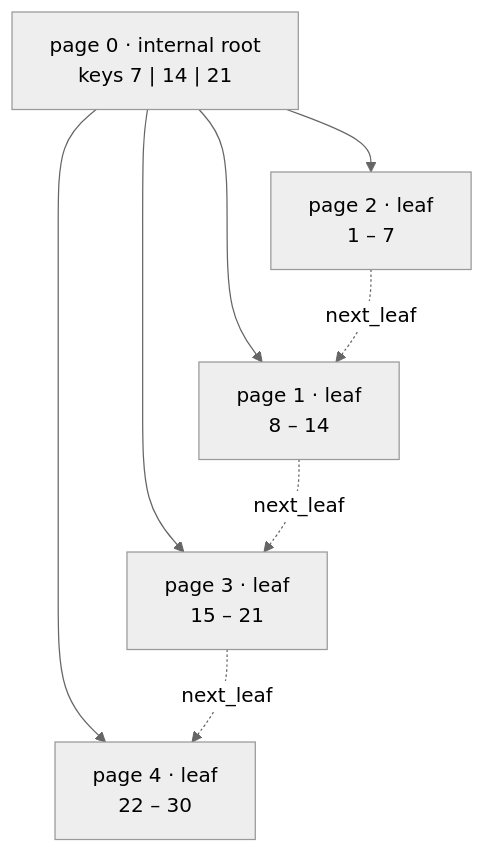
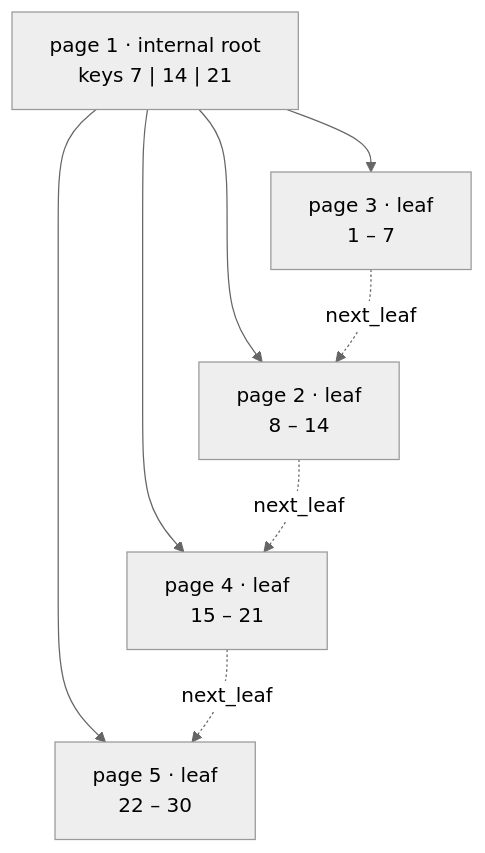
One commit to Rohitangshu2026/mini-sql changed the tenth of 20 diagrams in README.md. Above: the diagram before and after it, drawn with Mermaid (neutral theme). The commit also changed other lines of this file, not shown here.

First line of the commit message:
docs: describe the file header and growable page cache in the README

````diff
--- a/README.md
+++ b/README.md
@@ -566,13 +617,13 @@
 ```mermaid
 flowchart TD
-    R["page 0 · internal root<br/>keys 7 | 14 | 21"]
-    L1["page 2 · leaf<br/>1 – 7"]
-    L2["page 1 · leaf<br/>8 – 14"]
-    L3["page 3 · leaf<br/>15 – 21"]
-    L4["page 4 · leaf<br/>22 – 30"]
+    R["page 1 · internal root<br/>keys 7 | 14 | 21"]
+    L1["page 3 · leaf<br/>1 – 7"]
+    L2["page 2 · leaf<br/>8 – 14"]
+    L3["page 4 · leaf<br/>15 – 21"]
+    L4["page 5 · leaf<br/>22 – 30"]
     R --> L1
     R --> L2
     R --> L3
     R --> L4
     L1 -.->|next_leaf| L2 -.->|next_leaf| L3 -.->|next_leaf| L4
 ```
````
